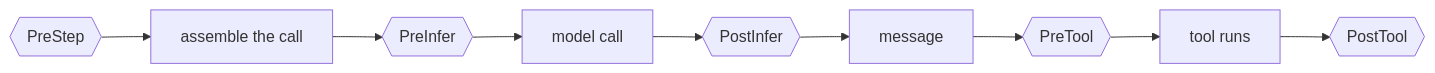
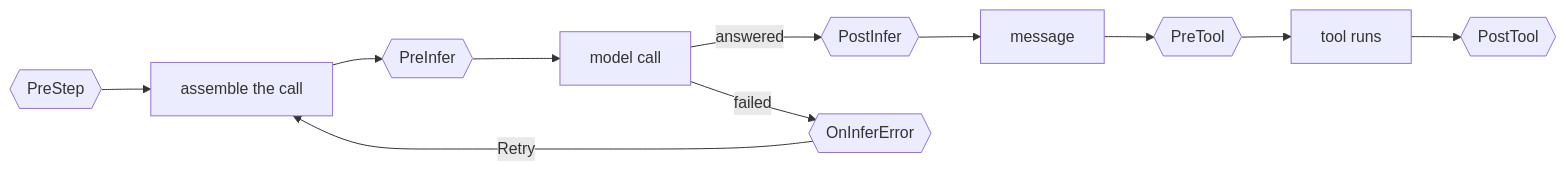
Before and after one commit to genai-io/sdk-go: the fourth of 5 diagrams in docs/agent.md, drawn with Mermaid. The commit also changed other lines of this file and 8 other files, not shown here.

````diff
--- a/docs/agent.md
+++ b/docs/agent.md
@@ -245,10 +301,12 @@
 ```mermaid
 flowchart LR
     Z{{PreStep}} --> A[assemble the call] --> B{{PreInfer}}
     B --> C[model call]
-    C --> D{{PostInfer}}
+    C -->|answered| D{{PostInfer}}
+    C -->|failed| X{{OnInferError}}
+    X -->|Retry| A
     D --> E[message]
     E --> F{{PreTool}}
     F --> G[tool runs]
     G --> H{{PostTool}}
 ```
````
